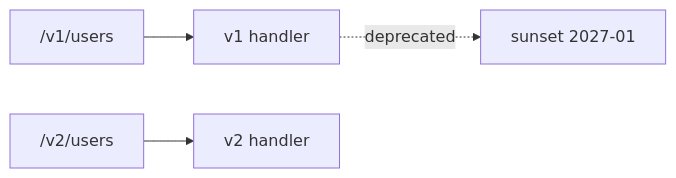
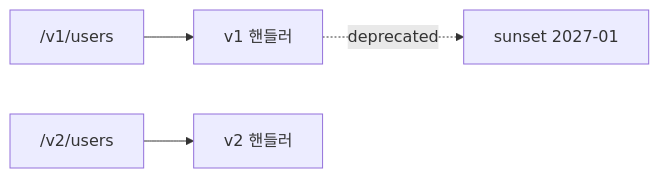
The diagram in content/api-design-101/ko/09-api-versioning.md (yeongseon-books/book-content), drawn with Mermaid before and after one commit. The commit also changed other lines of this file, not shown here.

````diff
--- a/content/api-design-101/ko/09-api-versioning.md
+++ b/content/api-design-101/ko/09-api-versioning.md
@@ -36,6 +61,6 @@
 ```mermaid
 flowchart LR
-    V1["/v1/users"] --> H1["v1 handler"]
-    V2["/v2/users"] --> H2["v2 handler"]
+    V1["/v1/users"] --> H1["v1 핸들러"]
+    V2["/v2/users"] --> H2["v2 핸들러"]
     H1 -.deprecated.-> Sunset["sunset 2027-01"]
 ```
````
